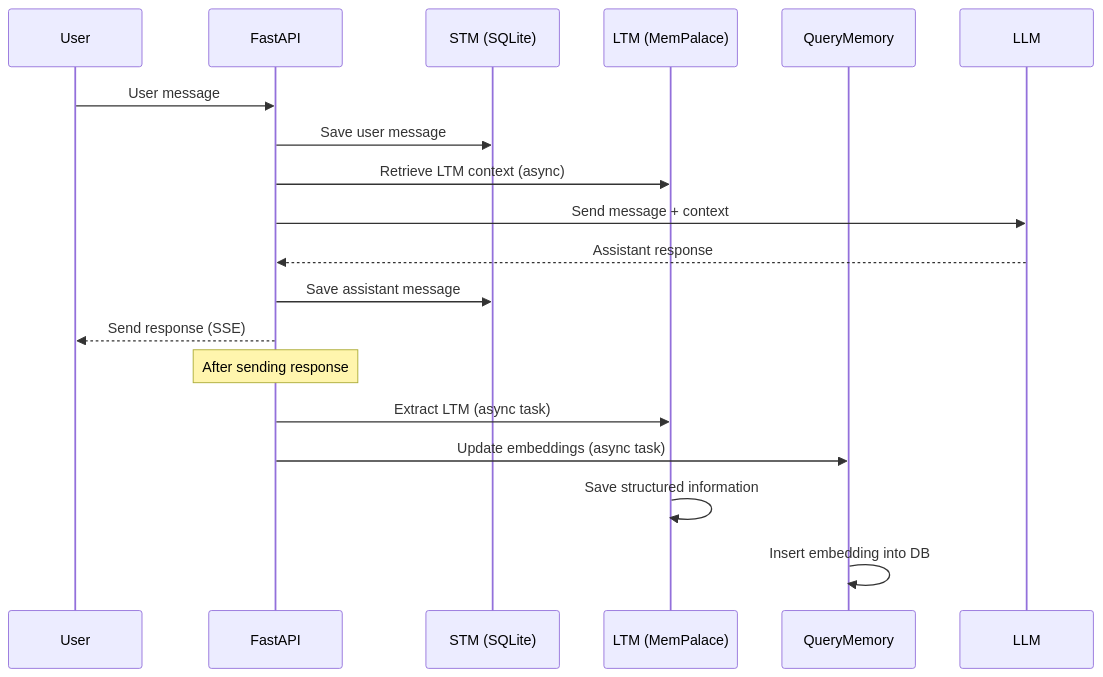
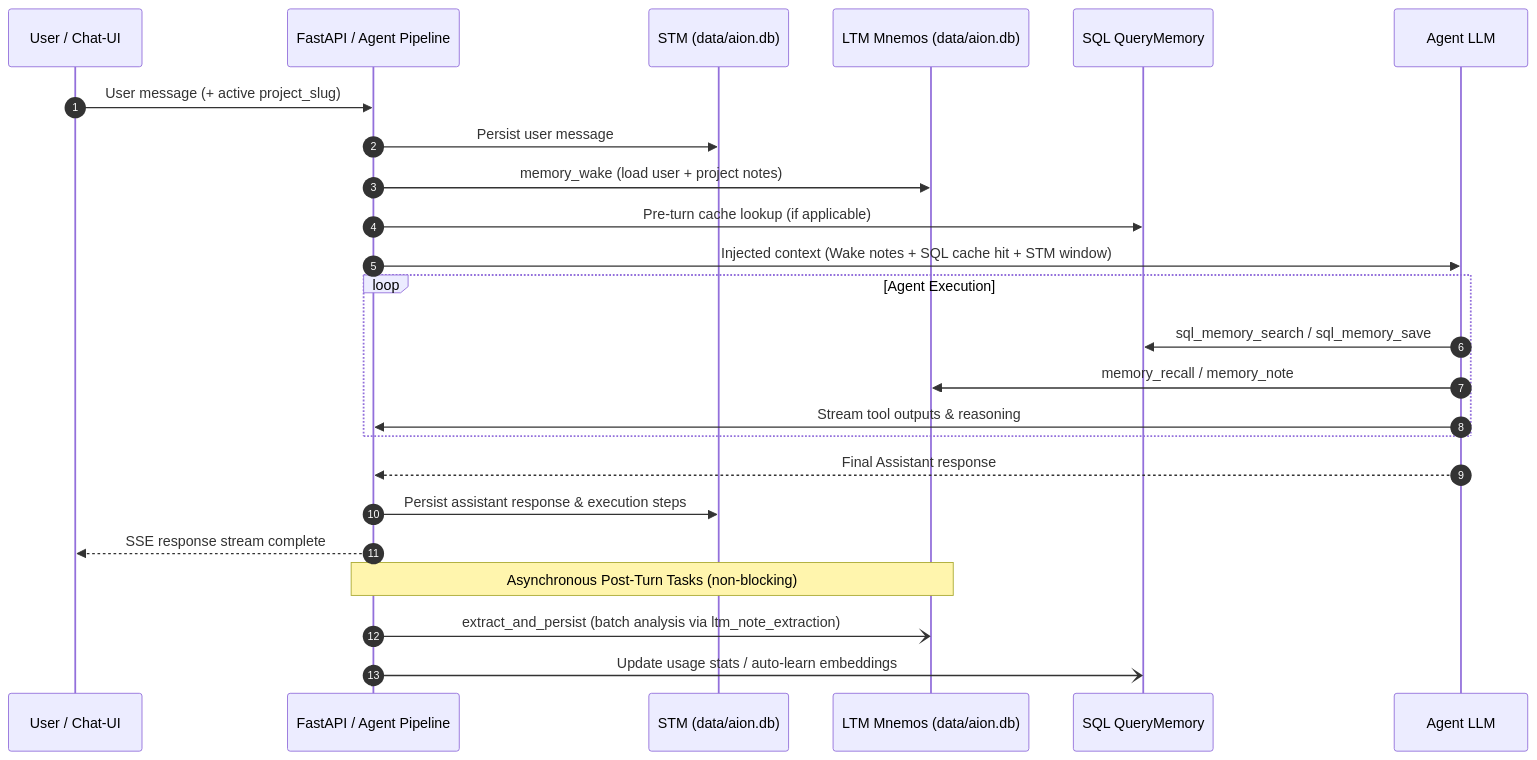
One commit to AION-by-ASA-Computer/AION_Agent changed the second of 2 diagrams in docs/memory/stm-ltm-and-query.md. Above: the diagram before and after it, drawn with Mermaid. The commit also changed other lines of this file and 24 other files, not shown here.

Commit message:
feat: implement modular document ingestion and extraction pipeline with automated OCR, memory, and OCR-based sandbox support.

````diff
--- a/docs/memory/stm-ltm-and-query.md
+++ b/docs/memory/stm-ltm-and-query.md
@@ -226,24 +126,30 @@
 ```mermaid
 sequenceDiagram
-    participant User as User
-    participant API as FastAPI
-    participant STM as STM (SQLite)
-    participant LTM as LTM (MemPalace)
-    participant QM as QueryMemory
-    participant LLM as LLM
+    autonumber
+    participant User as User / Chat-UI
+    participant API as FastAPI / Agent Pipeline
+    participant STM as STM (data/aion.db)
+    participant Mnemos as LTM Mnemos (data/aion.db)
+    participant SQLQM as SQL QueryMemory
+    participant LLM as Agent LLM
 
-    User->>API: User message
-    API->>STM: Save user message
-    API->>LTM: Retrieve LTM context (async)
-    API->>LLM: Send message + context
-    LLM-->>API: Assistant response
-    API->>STM: Save assistant message
-    API-->>User: Send response (SSE)
+    User->>API: User message (+ active project_slug)
+    API->>STM: Persist user message
+    API->>Mnemos: memory_wake (load user + project notes)
+    API->>SQLQM: Pre-turn cache lookup (if applicable)
+    API->>LLM: Injected context (Wake notes + SQL cache hit + STM window)
     
-    Note over API: After sending response
-    
-    API->>LTM: Extract LTM (async task)
-    API->>QM: Update embeddings (async task)
-    LTM->>LTM: Save structured information
-    QM->>QM: Insert embedding into DB
+    loop Agent Execution
+        LLM->>SQLQM: sql_memory_search / sql_memory_save
+        LLM->>Mnemos: memory_recall / memory_note
+        LLM->>API: Stream tool outputs & reasoning
+    end
+
+    LLM-->>API: Final Assistant response
+    API->>STM: Persist assistant response & execution steps
+    API-->>User: SSE response stream complete
+
+    Note over API,Mnemos: Asynchronous Post-Turn Tasks (non-blocking)
+    API-)Mnemos: extract_and_persist (batch analysis via ltm_note_extraction)
+    API-)SQLQM: Update usage stats / auto-learn embeddings
 ```
````
